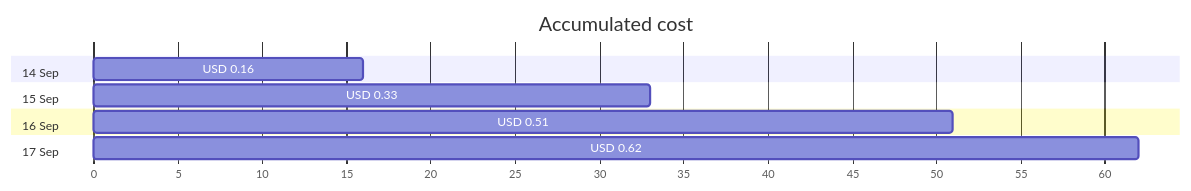
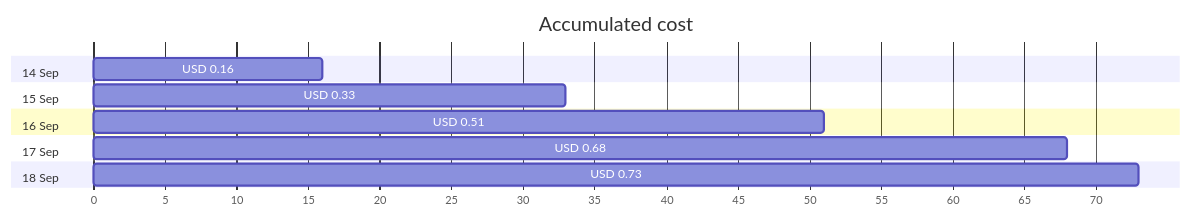
The first of 4 diagrams in cost-reports/personal-network/backup-server.md (jpfulton/azure-personal-reports), drawn with Mermaid before and after one commit. The commit also changed other lines of this file and 17 other files, not shown here.

````diff
--- a/cost-reports/personal-network/backup-server.md
+++ b/cost-reports/personal-network/backup-server.md
@@ -20,14 +20,16 @@
 ```mermaid
 gantt
    title Accumulated cost
    dateFormat  X
    axisFormat %s
    section 14 Sep
    USD 0.16 :0, 16
    section 15 Sep
    USD 0.33 :0, 33
    section 16 Sep
    USD 0.51 :0, 51
    section 17 Sep
-   USD 0.62 :0, 62
+   USD 0.68 :0, 68
+   section 18 Sep
+   USD 0.73 :0, 73
 ```
````
